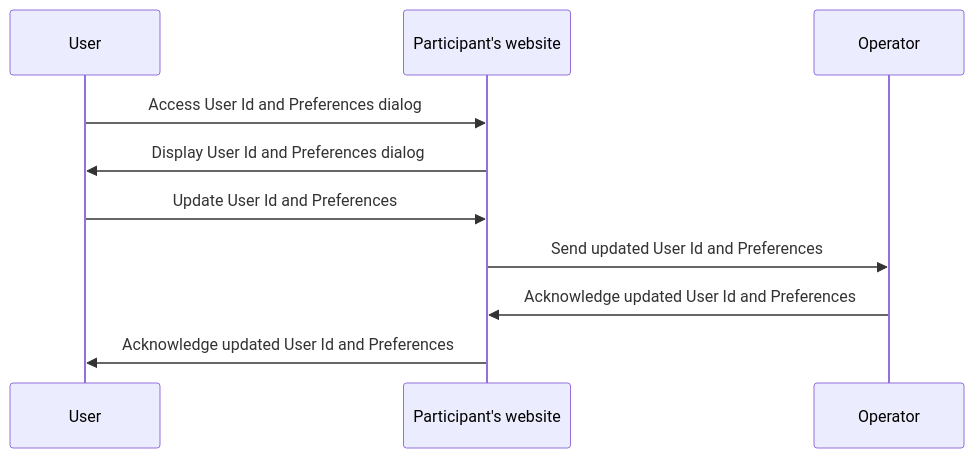
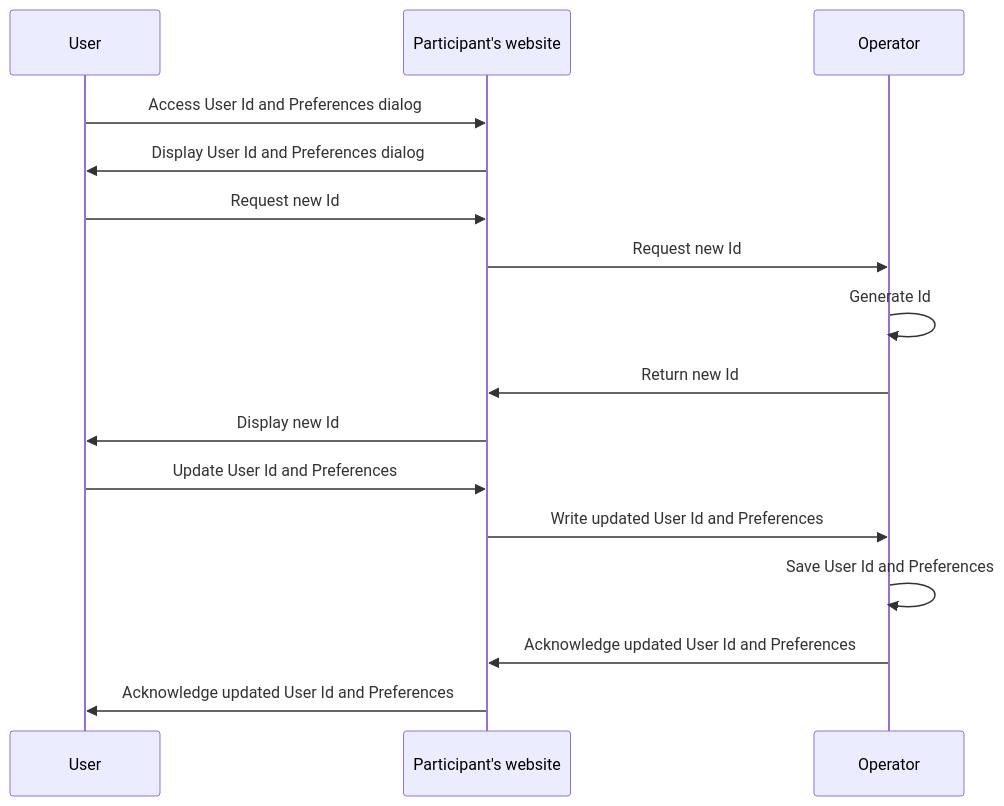
The third of 4 diagrams in mvp-spec/workflows.md (OneKey-Network/addressability-framework), drawn with Mermaid before and after one commit. The commit also changed other lines of this file, not shown here.

````diff
--- a/mvp-spec/workflows.md
+++ b/mvp-spec/workflows.md
@@ -60,14 +60,21 @@
 ```mermaid
 sequenceDiagram
 participant U as User
 participant P as Participant's website
 participant O as Operator
 
     U ->> P: Access User Id and Preferences dialog
     P ->> U: Display User Id and Preferences dialog
     
+    U ->> P: Request new Id
+    P ->> O: Request new Id
+    O ->> O: Generate Id
+    O ->> P: Return new Id
+    P ->> U: Display new Id
+    
     U ->> P: Update User Id and Preferences
-    P ->> O: Send updated User Id and Preferences
+    P ->> O: Write updated User Id and Preferences
+    O ->> O: Save User Id and Preferences
     O ->> P: Acknowledge updated User Id and Preferences
     P ->> U: Acknowledge updated User Id and Preferences
 ```
````
